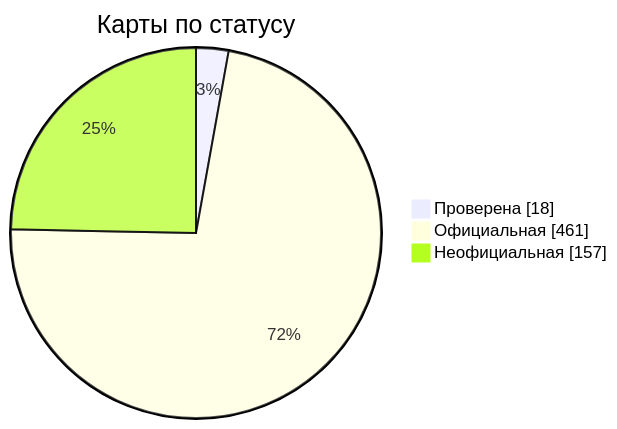
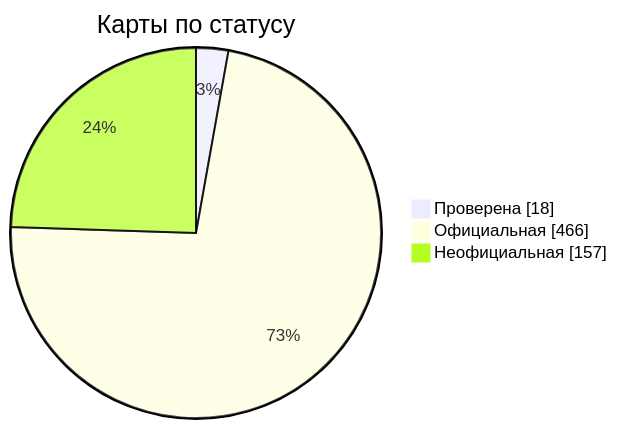
One commit to nobrega8/mbmap-library changed the diagram in docs/readme/README_RU.md. Above: the diagram before and after it, drawn with Mermaid. The commit also changed 10 other files, not shown here.

````diff
--- a/docs/readme/README_RU.md
+++ b/docs/readme/README_RU.md
@@ -54,7 +54,7 @@
 ```mermaid
 pie showData
     title Карты по статусу
     "Проверена" : 18
-    "Официальная" : 461
+    "Официальная" : 466
     "Неофициальная" : 157
 ```
````
